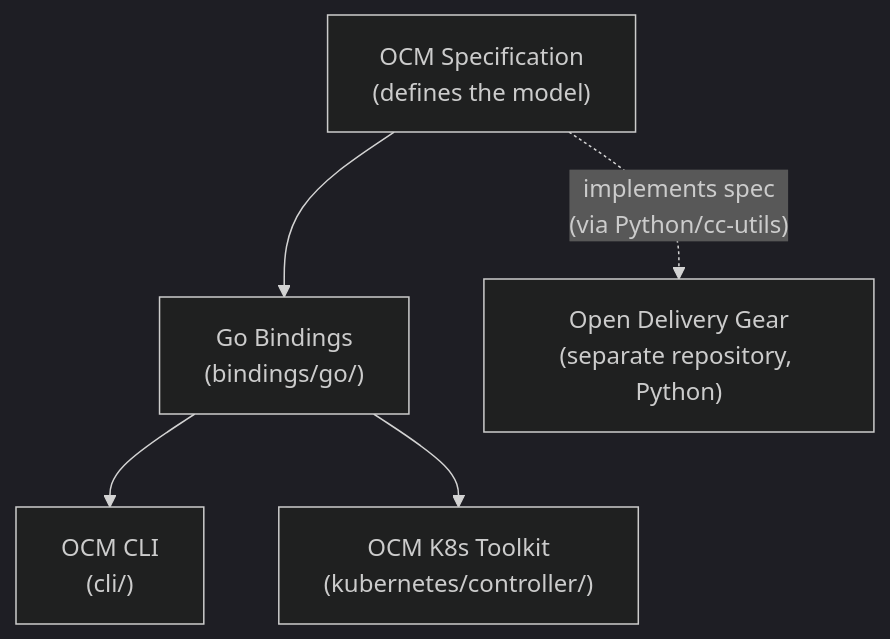
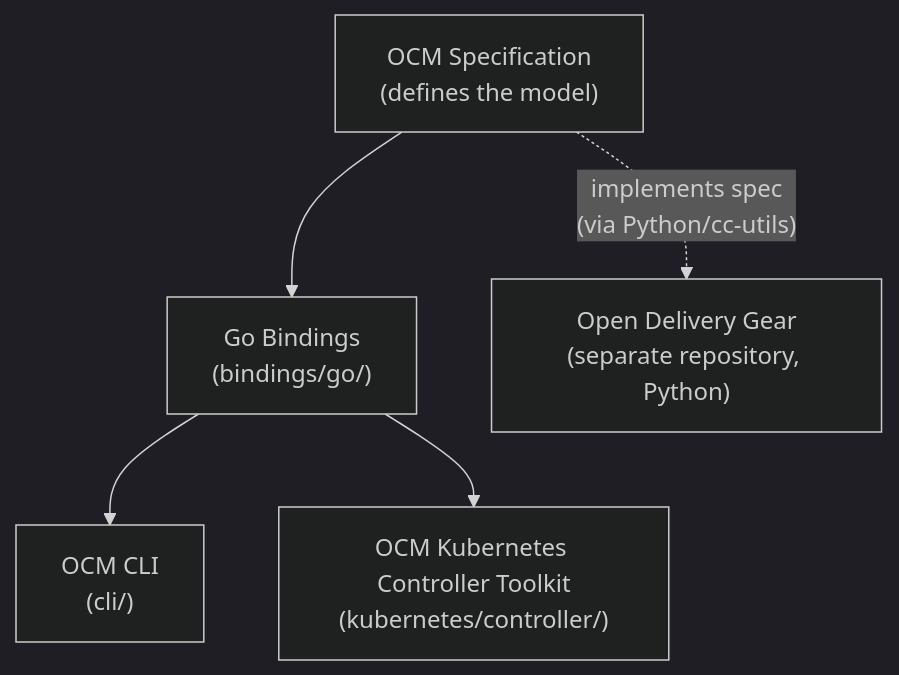
The second of 2 diagrams in website/content/community/onboarding.md (Skarlso/open-component-model), drawn with Mermaid (dark theme) before and after one commit. The commit also changed other lines of this file and 13 other files, not shown here.

````diff
--- a/website/content/community/onboarding.md
+++ b/website/content/community/onboarding.md
@@ -79,13 +100,13 @@
 ```mermaid
 flowchart TD
     Spec["OCM Specification\n(defines the model)"]
     Go["Go Bindings\n(bindings/go/)"]
     CLI["OCM CLI\n(cli/)"]
-    Controllers["OCM K8s Toolkit\n(kubernetes/controller/)"]
+    Controllers["OCM Kubernetes Controller Toolkit\n(kubernetes/controller/)"]
     ODG["Open Delivery Gear\n(separate repository, Python)"]
 
     Spec --> Go
     Spec -.->|"implements spec\n(via Python/cc-utils)"| ODG
     Go --> CLI
     Go --> Controllers
 ```
````
